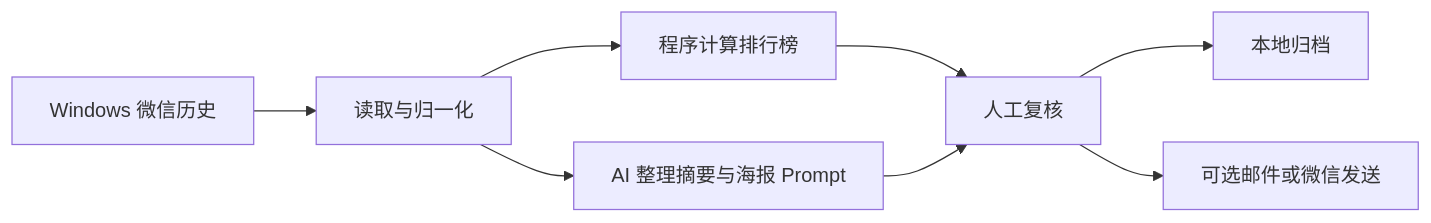
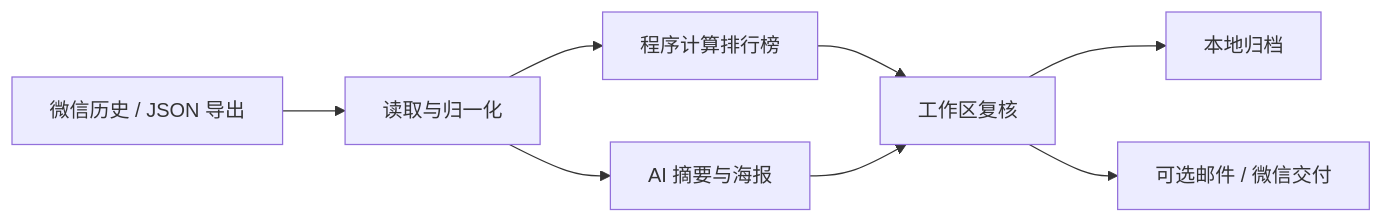
One commit to damingishere-coder/GroupBrief changed the diagram in README.md. Above: the diagram before and after it, drawn with Mermaid. The commit also changed other lines of this file and 80 other files, not shown here.

````diff
--- a/README.md
+++ b/README.md
@@ -46,10 +82,10 @@
 ```mermaid
 flowchart LR
-    A["Windows 微信历史"] --> B["读取与归一化"]
-    B --> C["程序计算排行榜"]
-    B --> D["AI 整理摘要与海报 Prompt"]
-    C --> E["人工复核"]
+    A[微信历史 / JSON 导出] --> B[读取与归一化]
+    B --> C[程序计算排行榜]
+    B --> D[AI 摘要与海报]
+    C --> E[工作区复核]
     D --> E
-    E --> F["本地归档"]
-    E --> G["可选邮件或微信发送"]
+    E --> F[本地归档]
+    E --> G[可选邮件 / 微信交付]
 ```
````
